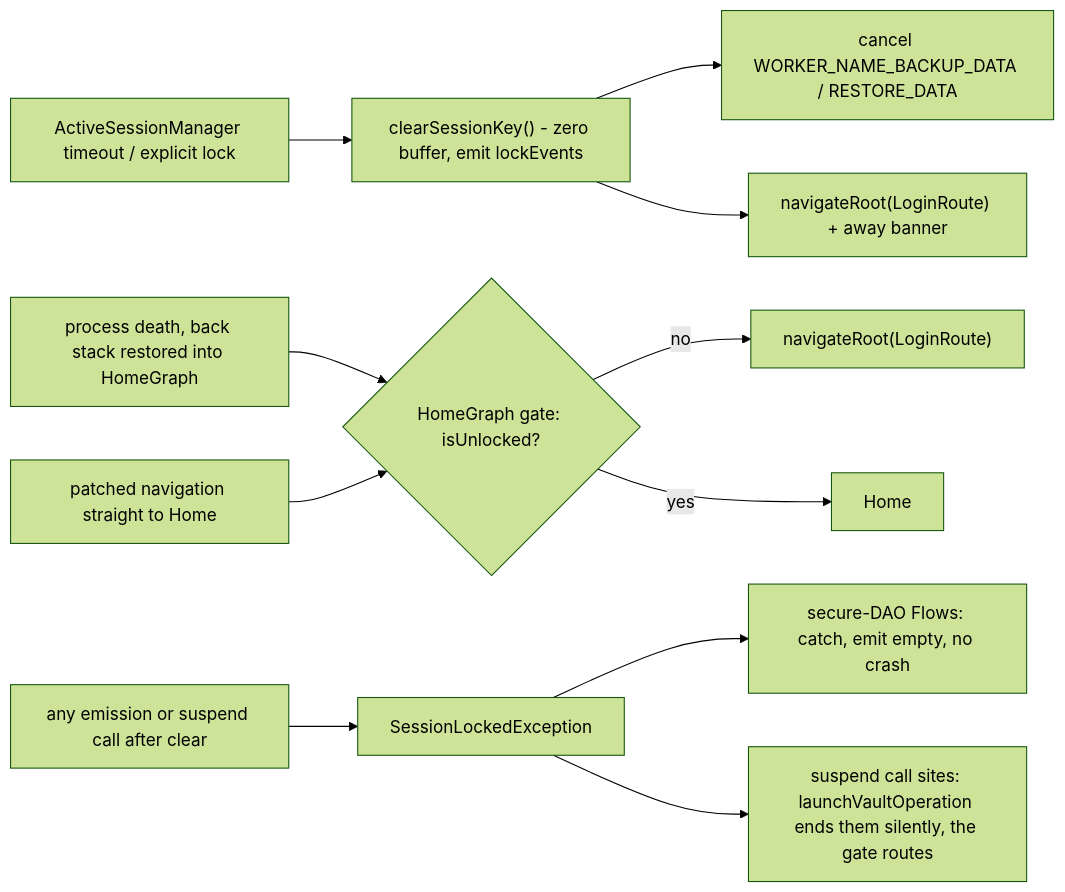
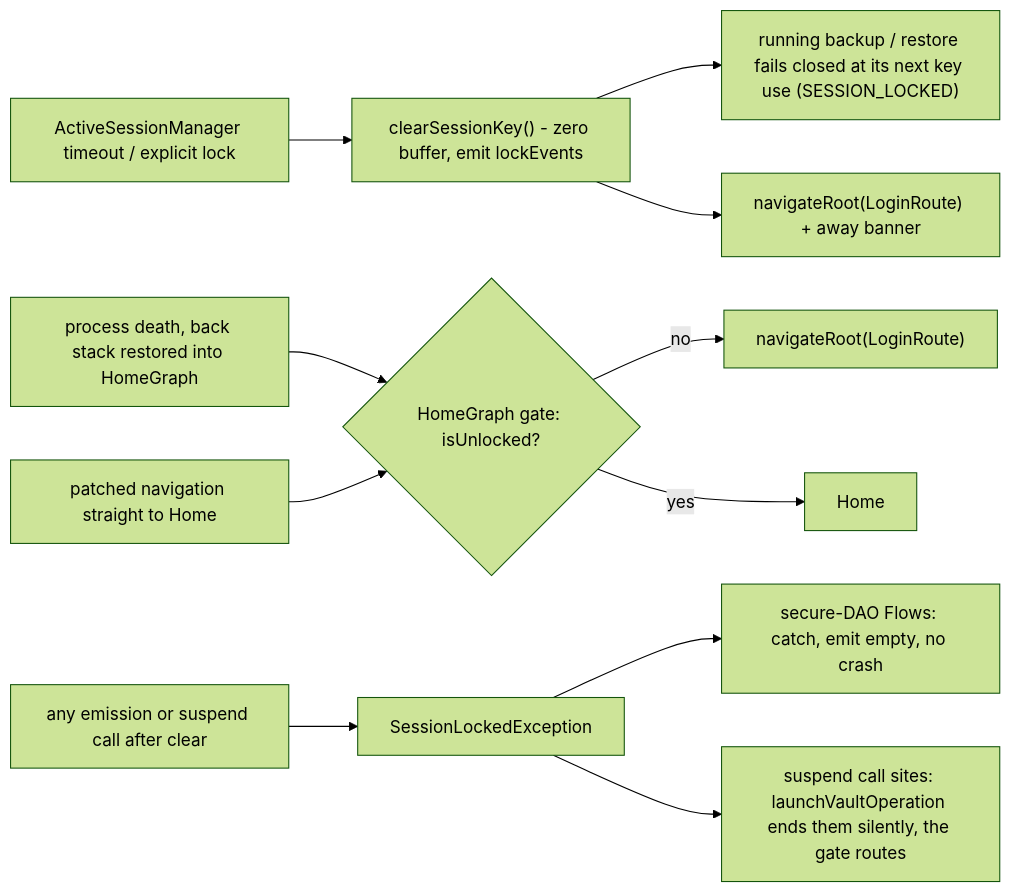
One commit to Ni3verma/Safe-Box changed diagram 14 of 23 in docs/design/envelope-encryption.md. Above: the diagram before and after it, drawn with Mermaid (forest theme). The commit also changed other lines of this file, not shown here.

````diff
--- a/docs/design/envelope-encryption.md
+++ b/docs/design/envelope-encryption.md
@@ -821,13 +821,13 @@
 ```mermaid
 flowchart LR
     T["ActiveSessionManager timeout / explicit lock"] --> C["clearSessionKey() - zero buffer, emit lockEvents"]
-    C --> W["cancel WORKER_NAME_BACKUP_DATA / RESTORE_DATA"]
+    C --> W["running backup / restore fails closed at its next key use (SESSION_LOCKED)"]
     C --> N["navigateRoot(LoginRoute) + away banner"]
     PD["process death, back stack restored into HomeGraph"] --> G{"HomeGraph gate: isUnlocked?"}
     BY["patched navigation straight to Home"] --> G
     G -->|"no"| N2["navigateRoot(LoginRoute)"]
     G -->|"yes"| HOME["Home"]
     F["any emission or suspend call after clear"] --> X["SessionLockedException"]
     X --> FC["secure-DAO Flows: catch, emit empty, no crash"]
     X --> SC["suspend call sites: launchVaultOperation ends them silently, the gate routes"]
 ```
````
